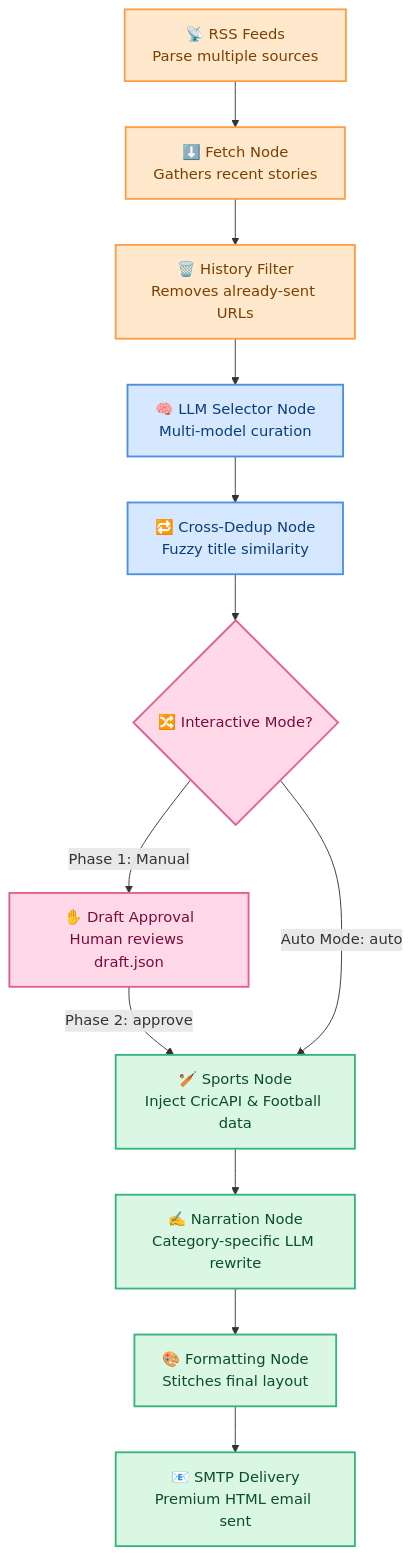
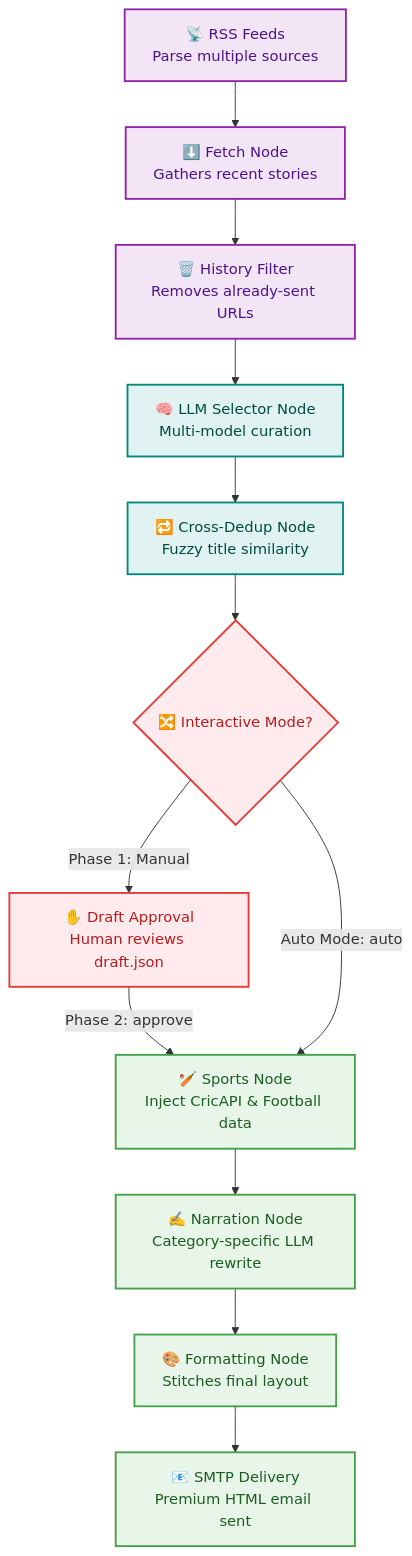
Before and after one commit to sanjayrk2007/MorningDrop: the diagram in README.md, drawn with Mermaid. The commit also changed other lines of this file and 4 other files, not shown here.

Commit message:
Added local Ollama fallback support & updated README flowchart colors

````diff
--- a/README.md
+++ b/README.md
@@ -38,30 +38,30 @@
 ```mermaid
 graph TD
     A["📡 RSS Feeds<br/>Parse multiple sources"]
     B["⬇️ Fetch Node<br/>Gathers recent stories"]
     C["🗑️ History Filter<br/>Removes already-sent URLs"]
     D["🧠 LLM Selector Node<br/>Multi-model curation"]
     E["🔁 Cross-Dedup Node<br/>Fuzzy title similarity"]
     F{"🔀 Interactive Mode?"}
     G["✋ Draft Approval<br/>Human reviews draft.json"]
     H["🏏 Sports Node<br/>Inject CricAPI & Football data"]
     I["✍️ Narration Node<br/>Category-specific LLM rewrite"]
     J["🎨 Formatting Node<br/>Stitches final layout"]
     K["📧 SMTP Delivery<br/>Premium HTML email sent"]
 
     A --> B --> C --> D --> E --> F
     F -- "Phase 1: Manual" --> G
     G -- "Phase 2: approve" --> H
     F -- "Auto Mode: auto" --> H
     H --> I --> J --> K
 
-    classDef fetchStyle fill:#FFE8CC,stroke:#FF9F45,color:#7A4100,stroke-width:2px;
-    classDef curateStyle fill:#D6E8FF,stroke:#4D8FE3,color:#0B3D7A,stroke-width:2px;
-    classDef humanStyle fill:#FFD9E8,stroke:#E35C95,color:#7A0B3D,stroke-width:2px;
-    classDef deliverStyle fill:#D9F7E3,stroke:#36B37E,color:#0B4D2E,stroke-width:2px;
+    classDef fetchStyle fill:#F3E5F5,stroke:#8E24AA,color:#4A148C,stroke-width:2px;
+    classDef curateStyle fill:#E0F2F1,stroke:#00897B,color:#004D40,stroke-width:2px;
+    classDef humanStyle fill:#FFEBEE,stroke:#E53935,color:#B71C1C,stroke-width:2px;
+    classDef deliverStyle fill:#E8F5E9,stroke:#43A047,color:#1B5E20,stroke-width:2px;
 
     class A,B,C fetchStyle;
     class D,E curateStyle;
     class F,G humanStyle;
     class H,I,J,K deliverStyle;
 ```
````
